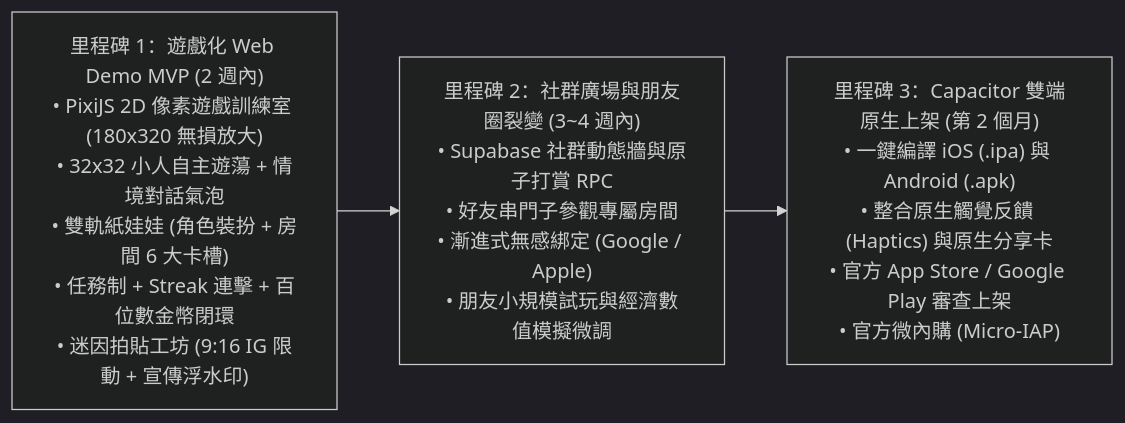
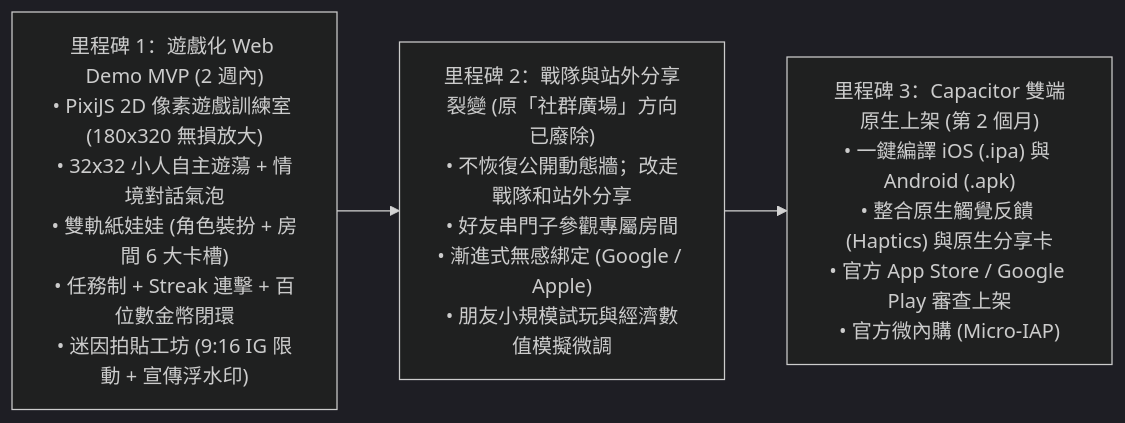
Before and after one commit to yuchienw/Fitmon: the diagram in llm-wiki/wiki/roadmap.md, drawn with Mermaid (dark theme). The commit also changed other lines of this file, not shown here.

````diff
--- a/llm-wiki/wiki/roadmap.md
+++ b/llm-wiki/wiki/roadmap.md
@@ -9,10 +9,10 @@
 ```mermaid
 flowchart LR
     M1["里程碑 1：遊戲化 Web Demo MVP (2 週內)\n• PixiJS 2D 像素遊戲訓練室 (180x320 無損放大)\n• 32x32 小人自主遊蕩 + 情境對話氣泡\n• 雙軌紙娃娃 (角色裝扮 + 房間 6 大卡槽)\n• 任務制 + Streak 連擊 + 百位數金幣閉環\n• 迷因拍貼工坊 (9:16 IG 限動 + 宣傳浮水印)"]
     
-    M2["里程碑 2：社群廣場與朋友圈裂變 (3~4 週內)\n• Supabase 社群動態牆與原子打賞 RPC\n• 好友串門子參觀專屬房間\n• 漸進式無感綁定 (Google / Apple)\n• 朋友小規模試玩與經濟數值模擬微調"]
+    M2["里程碑 2：戰隊與站外分享裂變 (原「社群廣場」方向已廢除)\n• 不恢復公開動態牆；改走戰隊和站外分享\n• 好友串門子參觀專屬房間\n• 漸進式無感綁定 (Google / Apple)\n• 朋友小規模試玩與經濟數值模擬微調"]
 
     M3["里程碑 3：Capacitor 雙端原生上架 (第 2 個月)\n• 一鍵編譯 iOS (.ipa) 與 Android (.apk)\n• 整合原生觸覺反饋 (Haptics) 與原生分享卡\n• 官方 App Store / Google Play 審查上架\n• 官方微內購 (Micro-IAP)"]
 
     M1 --> M2 --> M3
 ```
````
